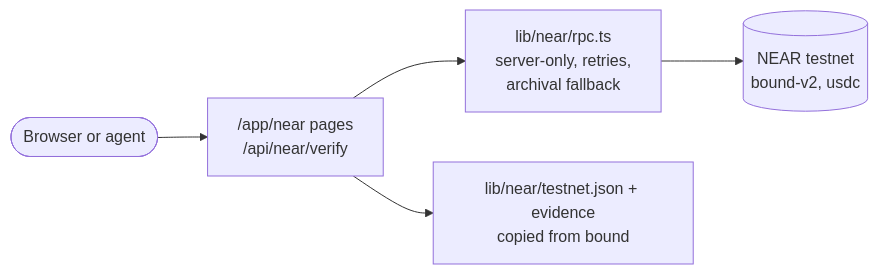
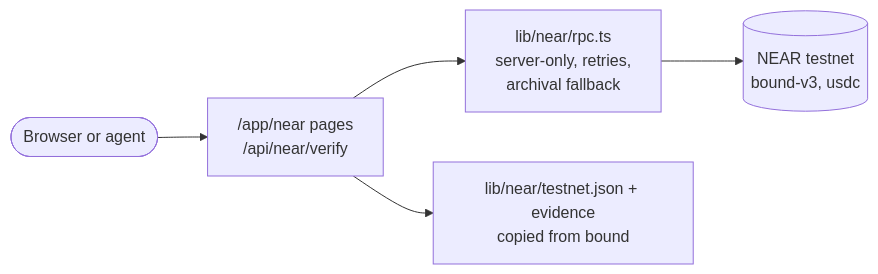
One commit to iamnotdou/bound-web changed the diagram in README.md. Above: the diagram before and after it, drawn with Mermaid. The commit also changed other lines of this file, not shown here.

Commit message:
docs(near): point the readme at bound-v3 and run mwfnc6q8

````diff
--- a/README.md
+++ b/README.md
@@ -72,7 +72,7 @@
 ```mermaid
 flowchart LR
   browser([Browser or agent]) --> pages["/app/near pages<br/>/api/near/verify"]
   pages --> rpc["lib/near/rpc.ts<br/>server-only, retries,<br/>archival fallback"]
-  rpc --> chain[("NEAR testnet<br/>bound-v2, usdc")]
+  rpc --> chain[("NEAR testnet<br/>bound-v3, usdc")]
   pages --> record["lib/near/testnet.json + evidence<br/>copied from bound"]
 ```
````
